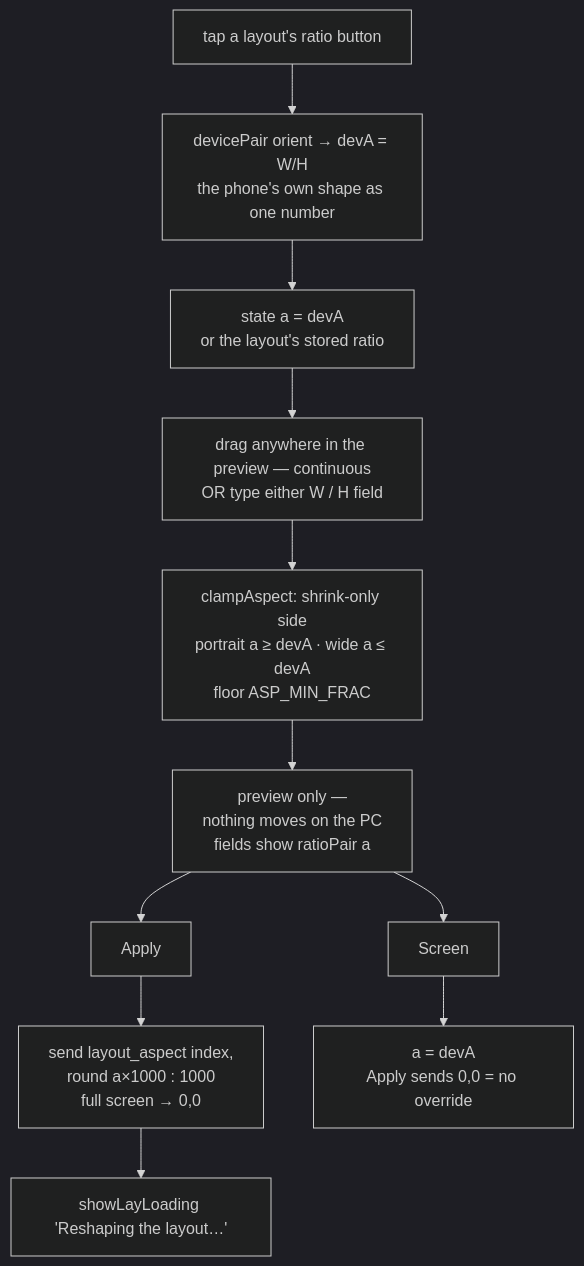
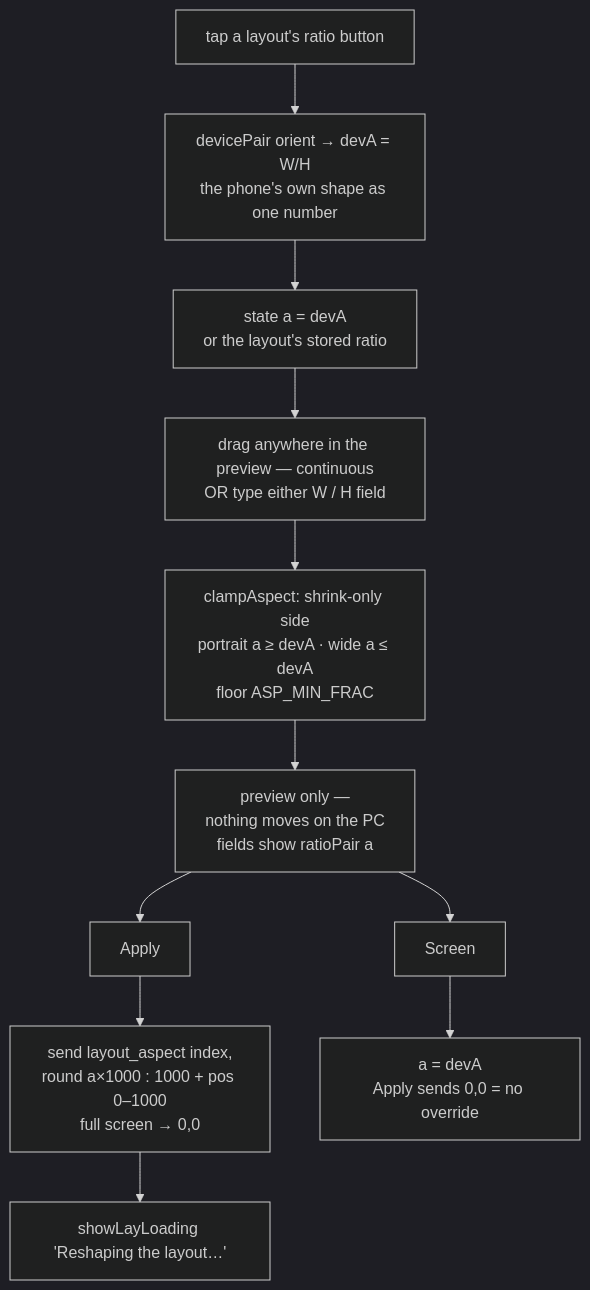
One commit to UVuruna/Remote-User changed the second of 3 diagrams in client/__flow/layouts.md. Above: the diagram before and after it, drawn with Mermaid (dark theme). The commit also changed other lines of this file and 28 other files, not shown here.

````diff
--- a/client/__flow/layouts.md
+++ b/client/__flow/layouts.md
@@ -88,11 +88,11 @@
 ```mermaid
 flowchart TB
     OPEN[tap a layout's ratio button] --> DEV[devicePair orient → devA = W/H\nthe phone's own shape as one number]
     DEV --> STATE[state a = devA\nor the layout's stored ratio]
     STATE --> EDIT[drag anywhere in the preview — continuous\nOR type either W / H field]
     EDIT --> CLAMP[clampAspect: shrink-only side\nportrait a ≥ devA · wide a ≤ devA\nfloor ASP_MIN_FRAC]
     CLAMP --> PREV[preview only —\nnothing moves on the PC\nfields show ratioPair a]
-    PREV --> APPLY[Apply] --> SEND[send layout_aspect index,\nround a×1000 : 1000\nfull screen → 0,0]
+    PREV --> APPLY[Apply] --> SEND[send layout_aspect index,\nround a×1000 : 1000 + pos 0–1000\nfull screen → 0,0]
     SEND --> LOAD[showLayLoading 'Reshaping the layout…']
     PREV --> RESET[Screen] --> DEFAULT[a = devA\nApply sends 0,0 = no override]
 ```
````
